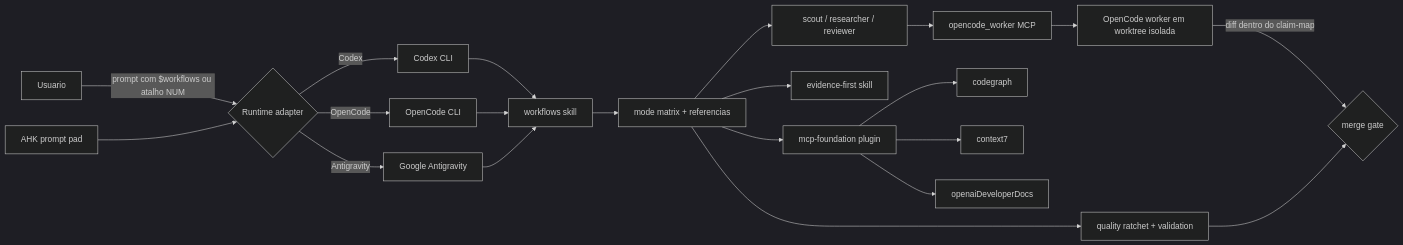
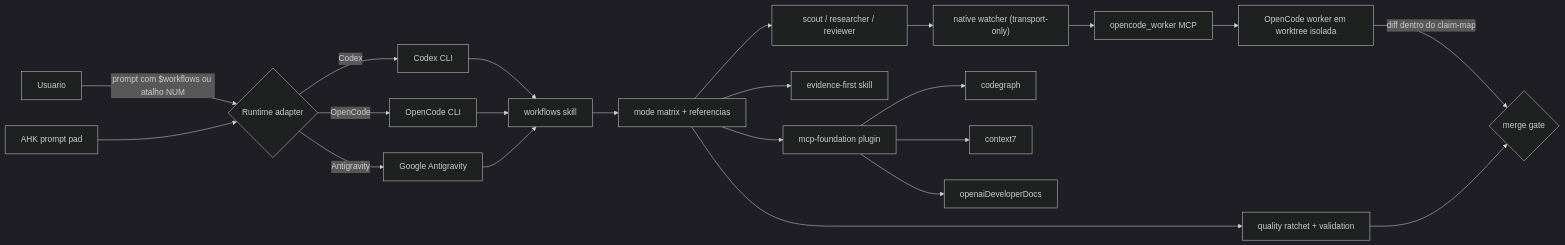
The second of 2 diagrams in README.md (CheekyCodexConjurer/codex-workflows-kit), drawn with Mermaid (dark theme) before and after one commit. The commit also changed other lines of this file and 22 other files, not shown here.

````diff
--- a/README.md
+++ b/README.md
@@ -140,23 +140,24 @@
 ```mermaid
 flowchart LR
     USER["Usuario"] -->|"prompt com $workflows ou atalho NUM"| RUNTIME{"Runtime adapter"}
     AHK["AHK prompt pad"] --> RUNTIME
     RUNTIME -->|Codex| CODEX["Codex CLI"]
     RUNTIME -->|OpenCode| OPC["OpenCode CLI"]
     RUNTIME -->|Antigravity| ANT["Google Antigravity"]
     CODEX --> SKILL["workflows skill"]
     OPC --> SKILL
     ANT --> SKILL
     SKILL --> MM["mode matrix + referencias"]
     MM --> SUB["scout / researcher / reviewer"]
-    SUB --> MCPWORKER["opencode_worker MCP"]
+    SUB --> WATCH["native watcher (transport-only)"]
+    WATCH --> MCPWORKER["opencode_worker MCP"]
     MCPWORKER --> WORKER["OpenCode worker em worktree isolada"]
     MM --> EF["evidence-first skill"]
     MM --> RATCHET["quality ratchet + validation"]
     MM --> MCP["mcp-foundation plugin"]
     MCP --> CG["codegraph"]
     MCP --> C7["context7"]
     MCP --> OD["openaiDeveloperDocs"]
     WORKER -->|"diff dentro do claim-map"| GATE{"merge gate"}
     RATCHET --> GATE
 ```
````
